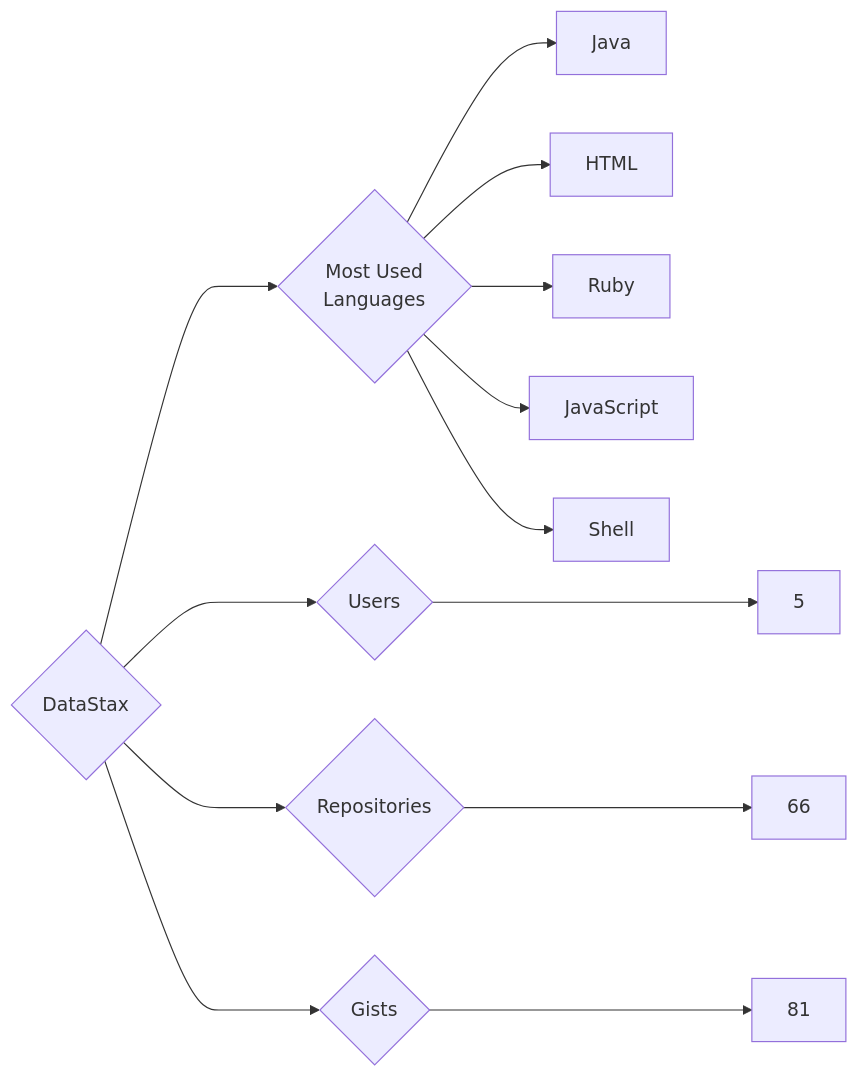
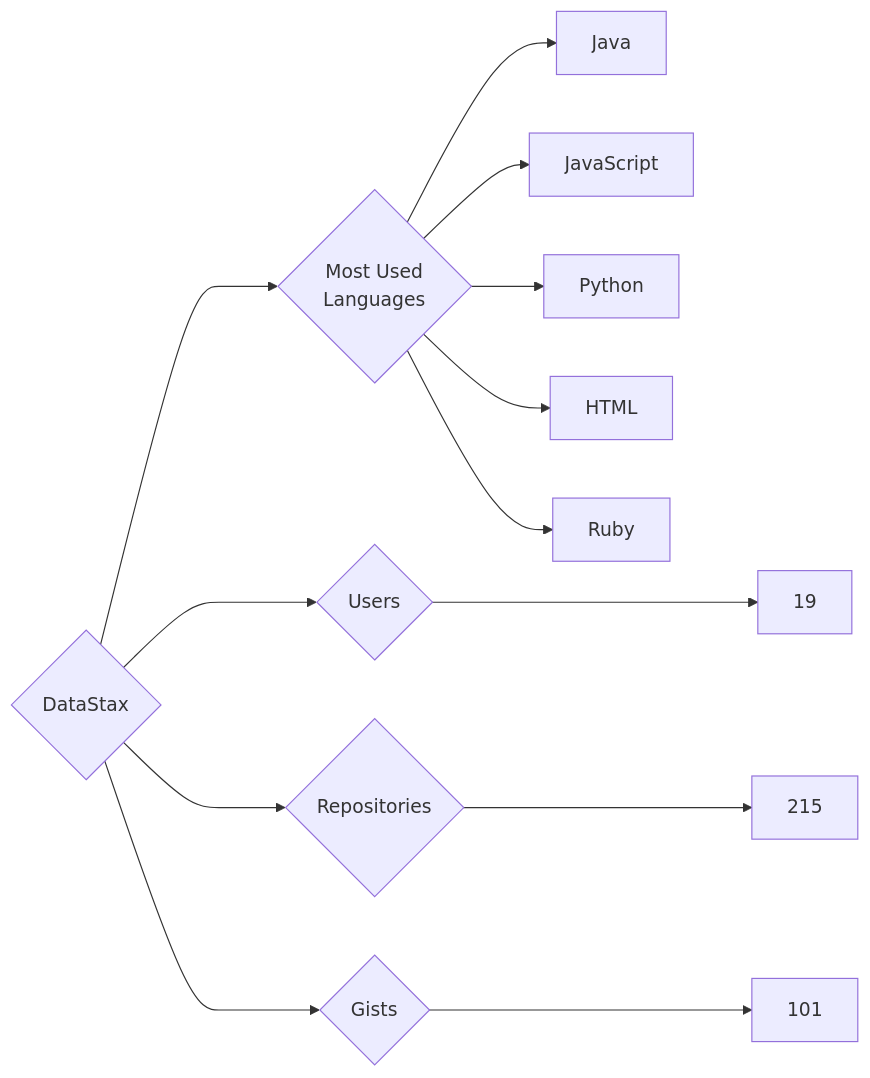
Before and after one commit to trickest/insiders: the diagram in targets/DataStax/README.md, drawn with Mermaid. The commit also changed 636 other files, not shown here.

````diff
--- a/targets/DataStax/README.md
+++ b/targets/DataStax/README.md
@@ -3,13 +3,13 @@
 ```mermaid
 graph LR
 COMPANY_NAME{DataStax}
-COMPANY_NAME ---> U{Users} ---> UN[5]
-COMPANY_NAME ---> R{Repositories} ---> RN[66]
-COMPANY_NAME ---> G{Gists} ---> GN[81]
+COMPANY_NAME ---> U{Users} ---> UN[19]
+COMPANY_NAME ---> R{Repositories} ---> RN[215]
+COMPANY_NAME ---> G{Gists} ---> GN[101]
 COMPANY_NAME ---> ML{Most Used<br>Languages}
 ML --> Java[Java]
+ML --> JavaScript[JavaScript]
+ML --> Python[Python]
 ML --> HTML[HTML]
 ML --> Ruby[Ruby]
-ML --> JavaScript[JavaScript]
-ML --> Shell[Shell]
 ```
````
